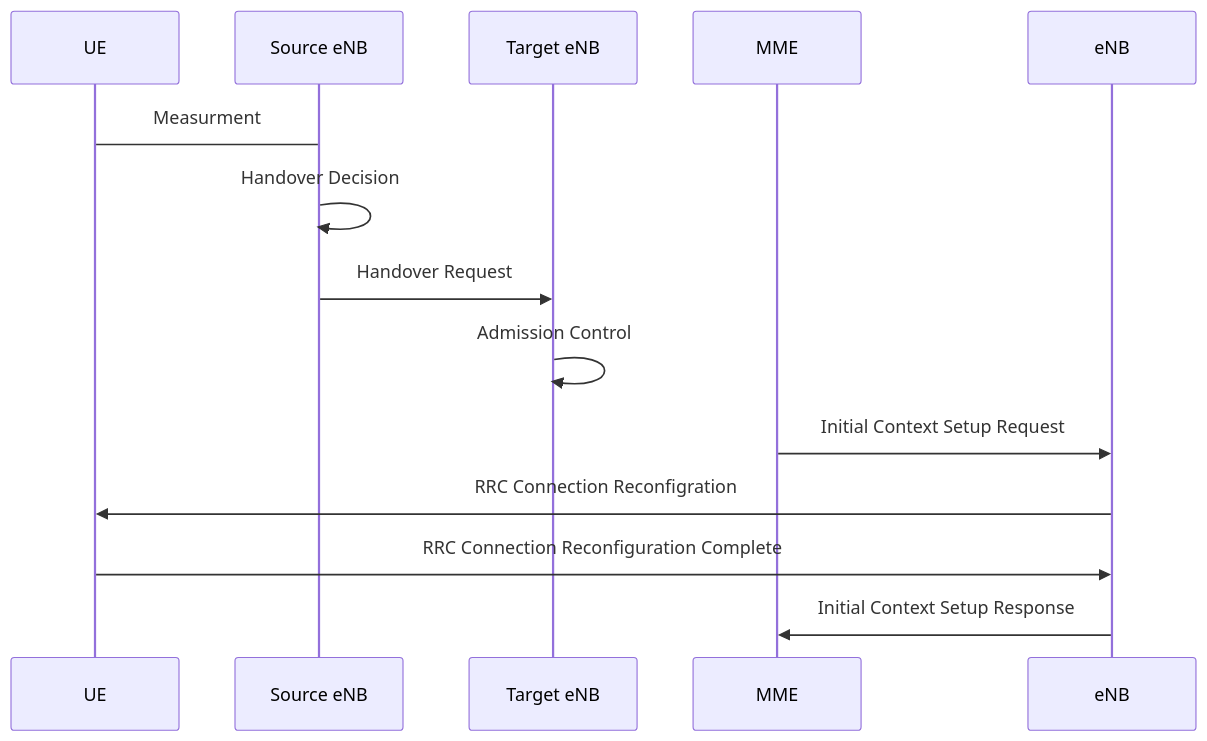
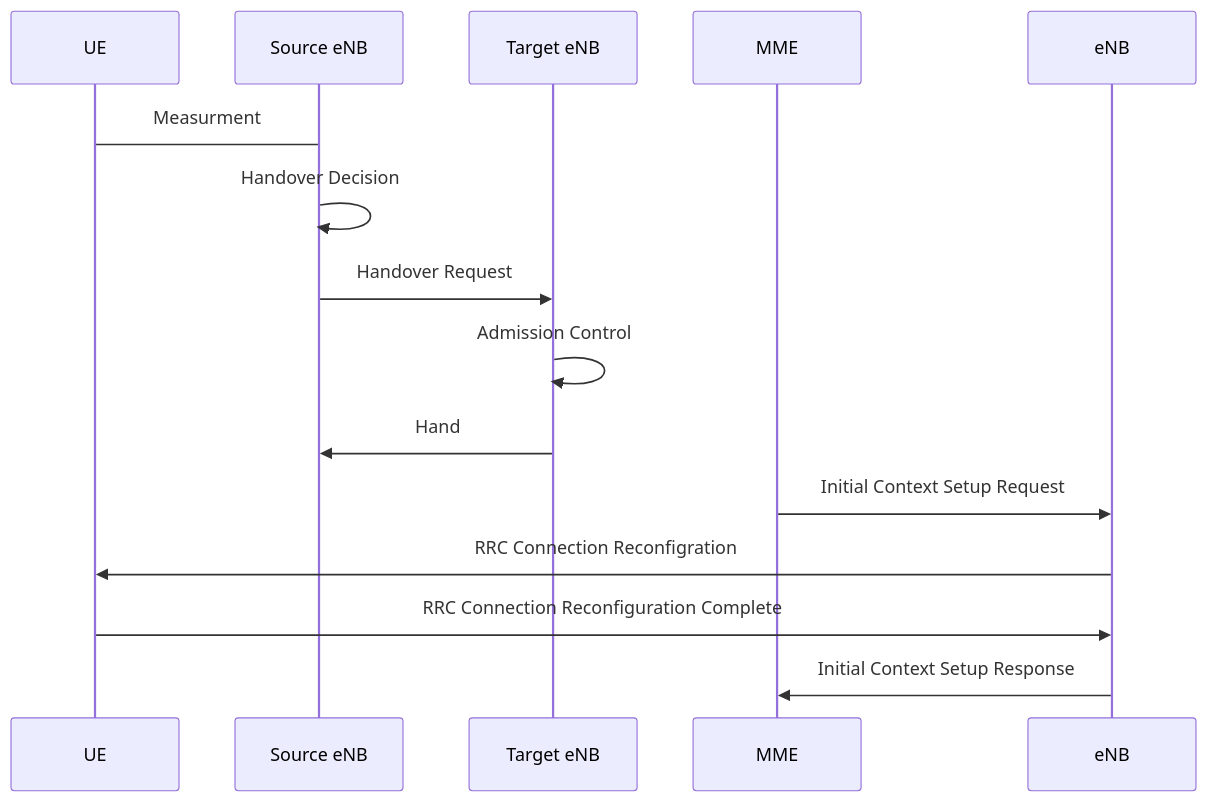
One commit to ThomasRochette/NoteCours changed the fourth of 4 diagrams in ARM.md. Above: the diagram before and after it, drawn with Mermaid. The commit also changed other lines of this file, not shown here.

````diff
--- a/ARM.md
+++ b/ARM.md
@@ -133,11 +133,12 @@
 ```mermaid
 sequenceDiagram
 UE -> Source eNB: Measurment
 Source eNB ->> Source eNB: Handover Decision
 Source eNB ->> Target eNB: Handover Request
 Target eNB ->> Target eNB: Admission Control
+Target eNB ->> Source eNB: Hand
 MME ->> eNB: Initial Context Setup Request
 eNB ->> UE: RRC Connection Reconfigration 
 UE ->> eNB: RRC Connection Reconfiguration Complete
 eNB ->> MME: Initial Context Setup Response
 ```
````
